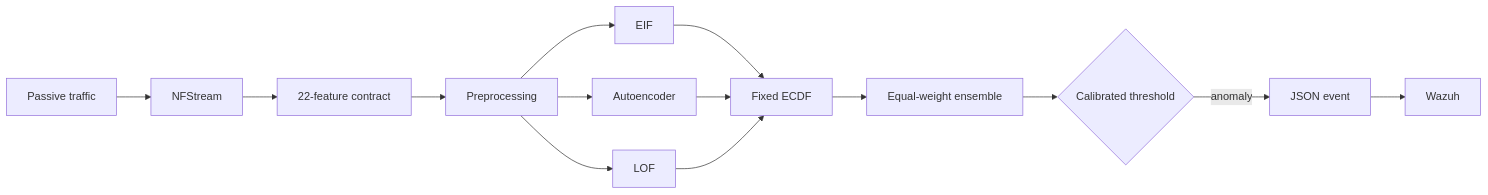
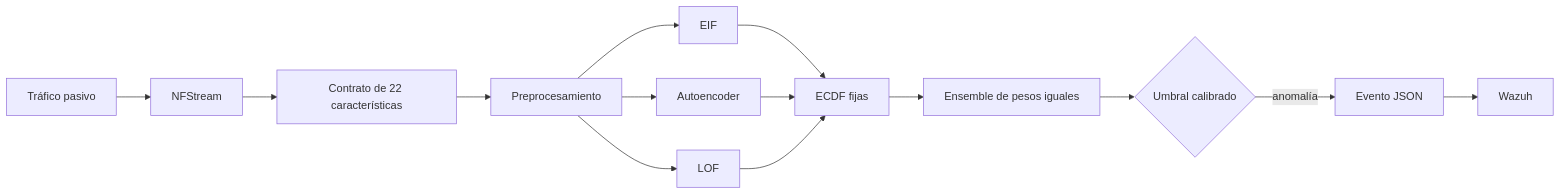
One commit to schneider121203-oss/sensor-ia-nids_showcase changed the diagram in README.md. Above: the diagram before and after it, drawn with Mermaid. The commit also changed other lines of this file and 6 other files, not shown here.

````diff
--- a/README.md
+++ b/README.md
@@ -32,16 +32,16 @@
 ```mermaid
 flowchart LR
-    A[Passive traffic] --> B[NFStream]
-    B --> C[22-feature contract]
-    C --> D[Preprocessing]
+    A[Tráfico pasivo] --> B[NFStream]
+    B --> C[Contrato de 22 características]
+    C --> D[Preprocesamiento]
     D --> E[EIF]
     D --> F[Autoencoder]
     D --> G[LOF]
-    E --> H[Fixed ECDF]
+    E --> H[ECDF fijas]
     F --> H
     G --> H
-    H --> I[Equal-weight ensemble]
-    I --> J{Calibrated threshold}
-    J -->|anomaly| K[JSON event]
+    H --> I[Ensemble de pesos iguales]
+    I --> J{Umbral calibrado}
+    J -->|anomalía| K[Evento JSON]
     K --> L[Wazuh]
 ```
````
